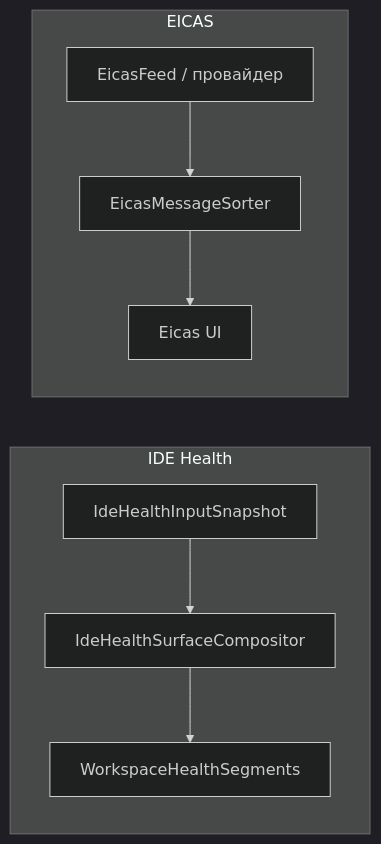
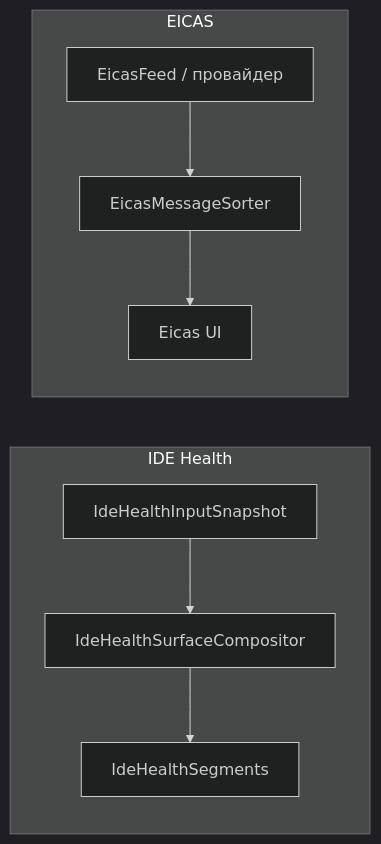
Before and after one commit to AI-Guiders/cascade-ide: the diagram in docs/design/workspace-health-implementation-map-v1.md, drawn with Mermaid (dark theme). The commit also changed other lines of this file and 6 other files, not shown here.

First line of the commit message:
refactor(vm): IdeHealthSegments and RebuildIdeHealth (0089 tail)

````diff
--- a/docs/design/workspace-health-implementation-map-v1.md
+++ b/docs/design/workspace-health-implementation-map-v1.md
@@ -117,15 +117,15 @@
 ```mermaid
 flowchart LR
   subgraph work [IDE Health]
     Snap[IdeHealthInputSnapshot]
     Comp[IdeHealthSurfaceCompositor]
-    Seg[WorkspaceHealthSegments]
+    Seg[IdeHealthSegments]
   end
   subgraph eicas [EICAS]
     Feed[EicasFeed / провайдер]
     Rank[EicasMessageSorter]
     Cas[Eicas UI]
   end
   Snap --> Comp --> Seg
   Feed --> Rank --> Cas
 ```
````
